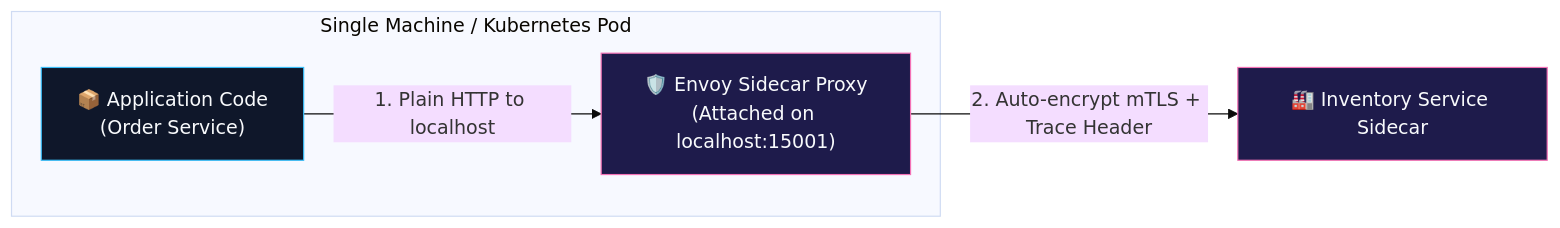
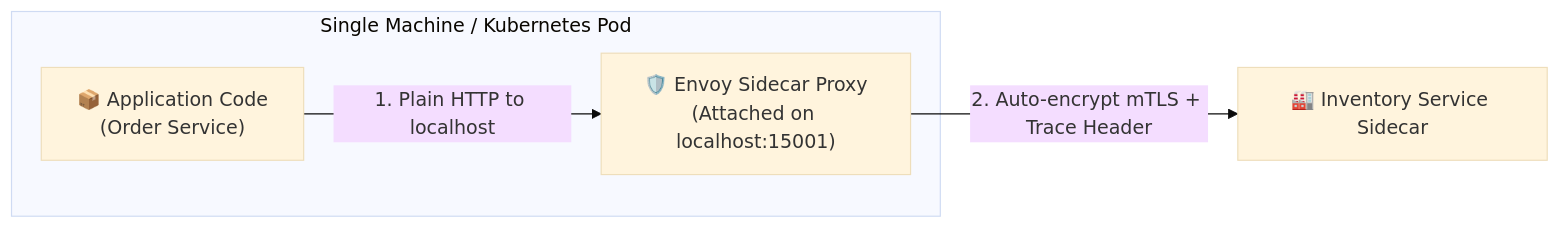
One commit to AkmKawser/System-Design changed diagram 17 of 50 in topics/0.FUNDAMENTALS/API Architecture and Design/output/Note_version-1_API_Architecture_and_Design/API_Architecture_and_Design.md. Above: the diagram before and after it, drawn with Mermaid (base theme). The commit also changed other lines of this file and 6 other files, not shown here.

Commit message:
fix(diagrams): remove dark fills and rects to ensure full visibility on GitHub light theme

````diff
--- a/topics/0.FUNDAMENTALS/API Architecture and Design/output/Note_version-1_API_Architecture_and_Design/API_Architecture_and_Design.md
+++ b/topics/0.FUNDAMENTALS/API Architecture and Design/output/Note_version-1_API_Architecture_and_Design/API_Architecture_and_Design.md
@@ -775,17 +693,12 @@
 ```mermaid
 flowchart LR
     subgraph Pod["Single Machine / Kubernetes Pod"]
         App["📦 Application Code\n(Order Service)"]
         Sidecar["🛡️ Envoy Sidecar Proxy\n(Attached on localhost:15001)"]
     end
 
     ExternalSvc["🏭 Inventory Service Sidecar"]
 
     App -->|"1. Plain HTTP to localhost"| Sidecar
     Sidecar -->|"2. Auto-encrypt mTLS + Trace Header"| ExternalSvc
-
-    classDef app fill:#0f172a,stroke:#38bdf8,stroke-width:1px,color:#f8fafc;
-    classDef side fill:#1e1b4b,stroke:#f472b6,stroke-width:1px,color:#f8fafc;
-    class App app;
-    class Sidecar,ExternalSvc side;
 ```
````
